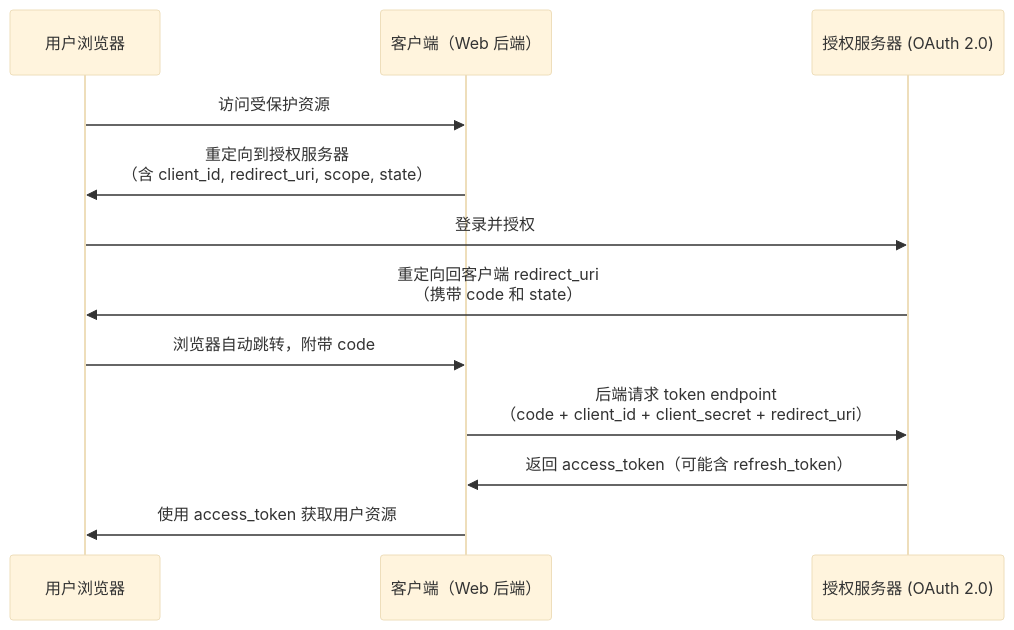
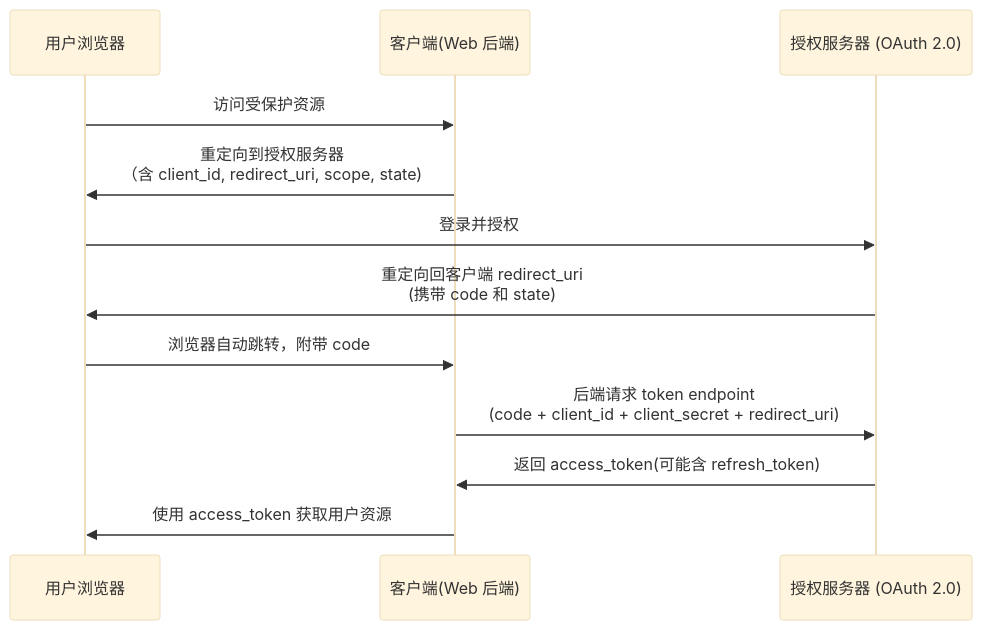
One commit to ITXiaoPang/ITXiaoPang.github.io changed the first of 2 diagrams in source/_posts/f95e0e64e1804e17ac245f3c696b835f.md. Above: the diagram before and after it, drawn with Mermaid (base theme). The commit also changed other lines of this file and 1 other file, not shown here.

````diff
--- a/source/_posts/f95e0e64e1804e17ac245f3c696b835f.md
+++ b/source/_posts/f95e0e64e1804e17ac245f3c696b835f.md
@@ -60,15 +60,15 @@
 ```mermaid
 sequenceDiagram
     participant User as 用户浏览器
-    participant Client as 客户端（Web 后端）
+    participant Client as 客户端(Web 后端)
     participant AuthServer as 授权服务器 (OAuth 2.0)
 
     User->>Client: 访问受保护资源
-    Client->>User: 重定向到授权服务器<br/>（含 client_id, redirect_uri, scope, state）
+    Client->>User: 重定向到授权服务器<br/>（含 client_id, redirect_uri, scope, state)
     User->>AuthServer: 登录并授权
-    AuthServer->>User: 重定向回客户端 redirect_uri<br/>（携带 code 和 state）
+    AuthServer->>User: 重定向回客户端 redirect_uri<br/>(携带 code 和 state)
     User->>Client: 浏览器自动跳转，附带 code
-    Client->>AuthServer: 后端请求 token endpoint<br/>（code + client_id + client_secret + redirect_uri）
-    AuthServer->>Client: 返回 access_token（可能含 refresh_token）
+    Client->>AuthServer: 后端请求 token endpoint<br/>(code + client_id + client_secret + redirect_uri)
+    AuthServer->>Client: 返回 access_token(可能含 refresh_token)
     Client->>User: 使用 access_token 获取用户资源
 ```
````
